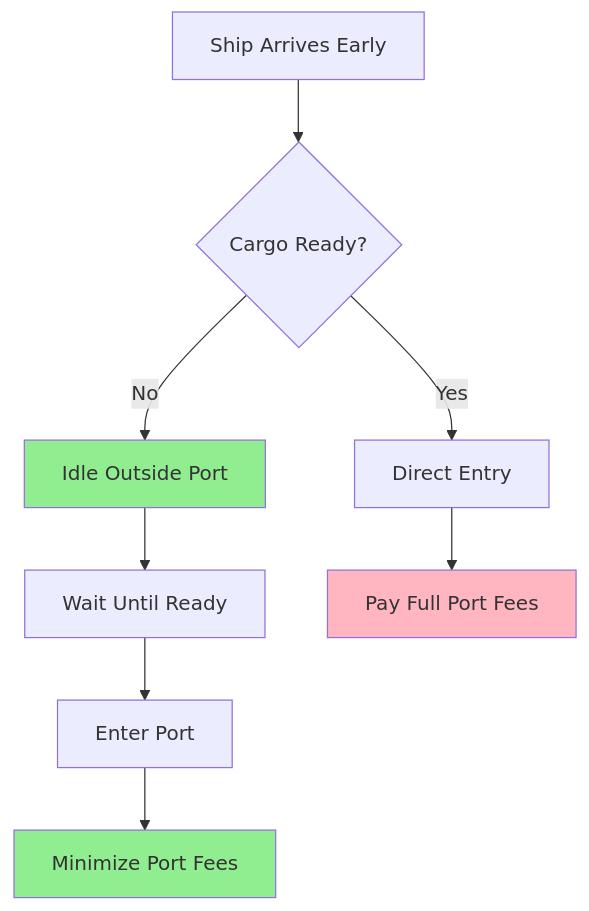
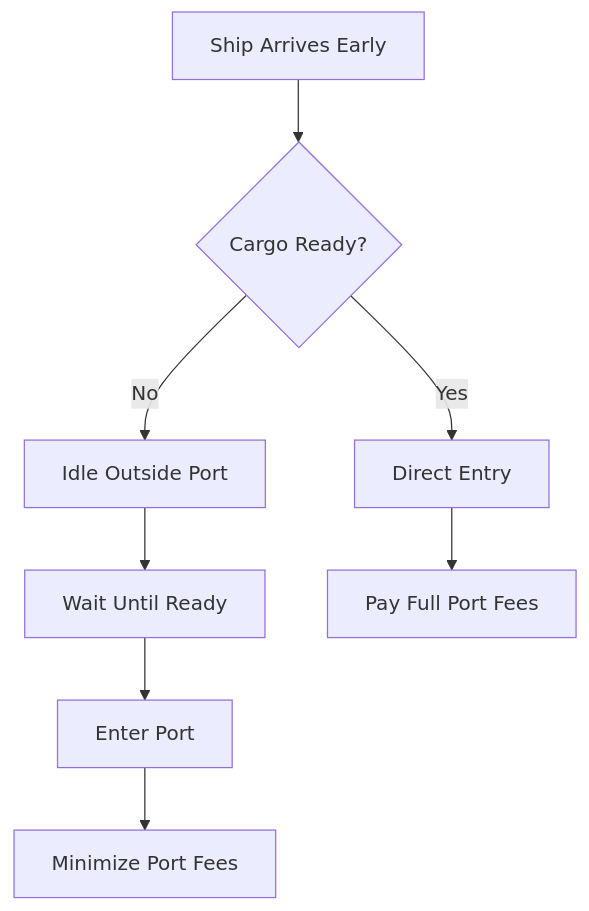
The seventh of 20 diagrams in transcribe/VesselReport_Final_Documentation.md (NguyenPhamCode4You/ai-home-lab-docker-compose), drawn with Mermaid before and after one commit. The commit also changed other lines of this file, not shown here.

````diff
--- a/transcribe/VesselReport_Final_Documentation.md
+++ b/transcribe/VesselReport_Final_Documentation.md
@@ -365,16 +370,12 @@
 ```mermaid
 graph TD
     A[Ship Arrives Early] --> B{Cargo Ready?}
     B -->|No| C[Idle Outside Port]
     B -->|Yes| D[Direct Entry]
 
     C --> E[Wait Until Ready]
     E --> F[Enter Port]
     F --> G[Minimize Port Fees]
 
     D --> H[Pay Full Port Fees]
-
-    style C fill:#90EE90
-    style G fill:#90EE90
-    style H fill:#FFB6C1
 ```
````
